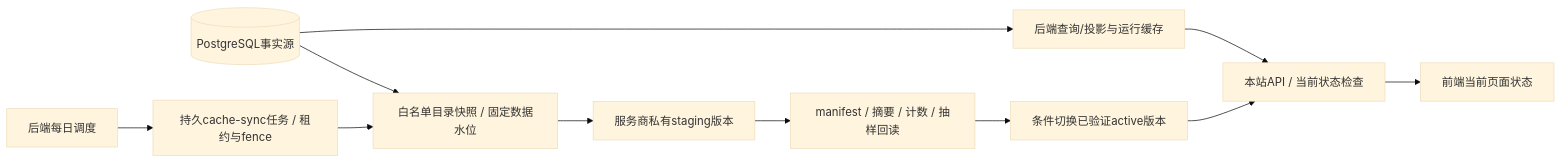
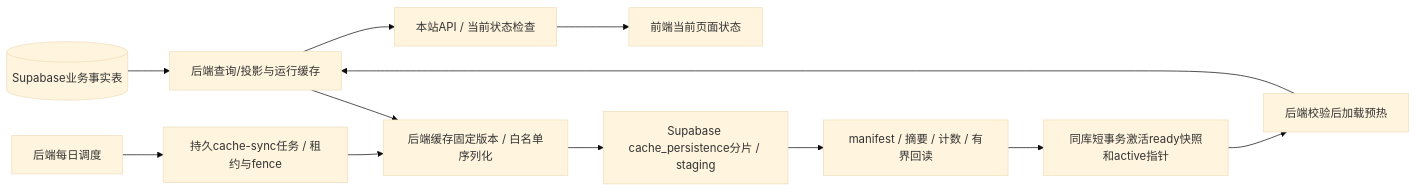
The diagram in docs/16-backend-cache-and-daily-sync.md (terribde/So_Clear), drawn with Mermaid (base theme) before and after one commit. The commit also changed other lines of this file and 12 other files, not shown here.

Commit message:
docs: specify daily backend cache writes to Supabase

````diff
--- a/docs/16-backend-cache-and-daily-sync.md
+++ b/docs/16-backend-cache-and-daily-sync.md
@@ -34,13 +40,14 @@
 ```mermaid
 flowchart LR
-    DB[(PostgreSQL事实源)] --> LIVE[后端查询/投影与运行缓存]
+    DB[(Supabase业务事实表)] --> LIVE[后端查询/投影与运行缓存]
     LIVE --> API[本站API / 当前状态检查]
     API --> UI[前端当前页面状态]
     TIMER[后端每日调度] --> JOB[持久cache-sync任务 / 租约与fence]
-    JOB --> EXPORT[白名单目录快照 / 固定数据水位]
-    DB --> EXPORT
-    EXPORT --> STAGE[服务商私有staging版本]
-    STAGE --> CHECK[manifest / 摘要 / 计数 / 抽样回读]
-    CHECK --> ACTIVATE[条件切换已验证active版本]
-    ACTIVATE --> API
+    JOB --> EXPORT[后端缓存固定版本 / 白名单序列化]
+    LIVE --> EXPORT
+    EXPORT --> STAGE[Supabase cache_persistence分片 / staging]
+    STAGE --> CHECK[manifest / 摘要 / 计数 / 有界回读]
+    CHECK --> ACTIVATE[同库短事务激活ready快照和active指针]
+    ACTIVATE --> LOAD[后端校验后加载预热]
+    LOAD --> LIVE
 ```
````
